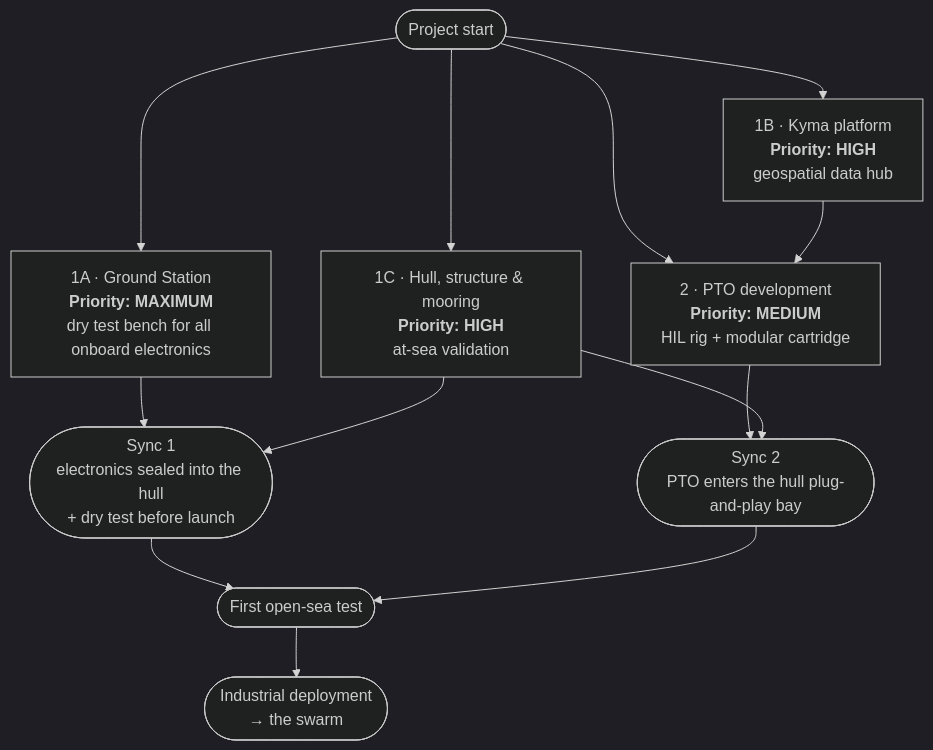
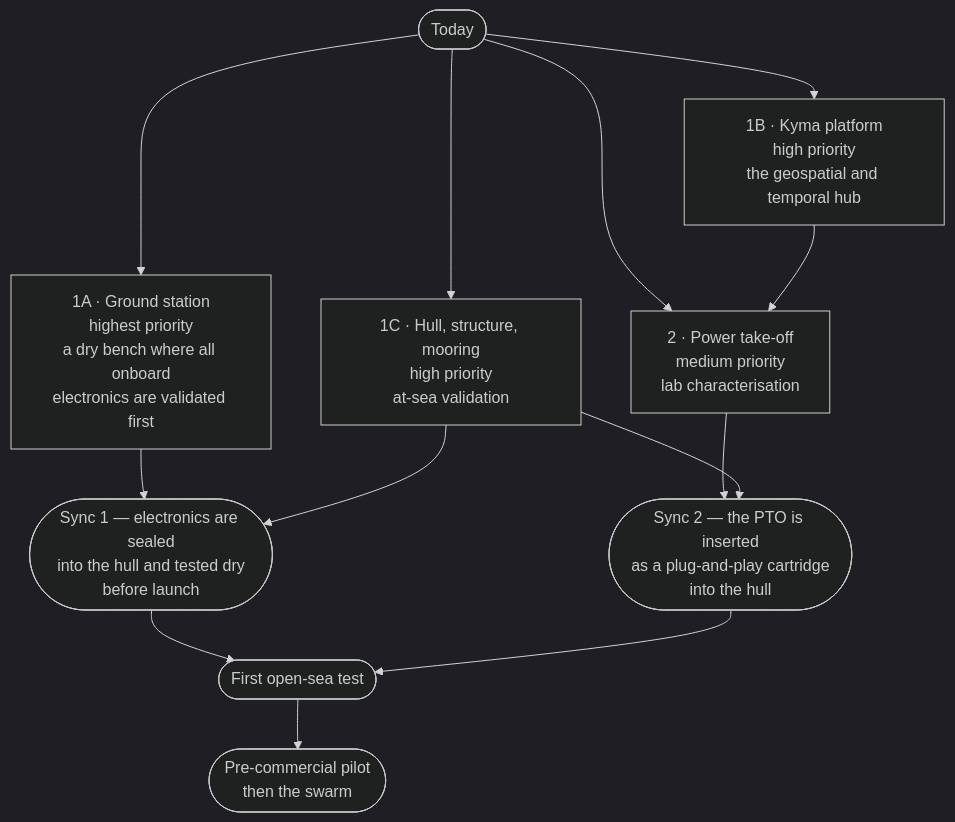
One commit to Origami-WEC/.github changed the third of 3 diagrams in profile/README.md. Above: the diagram before and after it, drawn with Mermaid (dark theme). The commit also changed other lines of this file, not shown here.

First line of the commit message:
profile: rewrite at vision level — thesis, why now, swarm architecture, open challenges

````diff
--- a/profile/README.md
+++ b/profile/README.md
@@ -127,16 +112,15 @@
 ```mermaid
 graph TD
-    START(["Project start"]) --> A["1A · Ground Station<br/><b>Priority: MAXIMUM</b><br/>dry test bench for all onboard electronics"]
-    START --> B["1B · Kyma platform<br/><b>Priority: HIGH</b><br/>geospatial data hub"]
-    START --> C["1C · Hull, structure & mooring<br/><b>Priority: HIGH</b><br/>at-sea validation"]
-    START --> D["2 · PTO development<br/><b>Priority: MEDIUM</b><br/>HIL rig + modular cartridge"]
-
-    A --> S1(["Sync 1<br/>electronics sealed into the hull<br/>+ dry test before launch"])
+    START(["Today"]) --> A["1A · Ground station<br/>highest priority<br/>a dry bench where all onboard<br/>electronics are validated first"]
+    START --> B["1B · Kyma platform<br/>high priority<br/>the geospatial and temporal hub"]
+    START --> C["1C · Hull, structure, mooring<br/>high priority<br/>at-sea validation"]
+    START --> D["2 · Power take-off<br/>medium priority<br/>lab characterisation"]
+    A --> S1(["Sync 1 — electronics are sealed<br/>into the hull and tested dry<br/>before launch"])
     C --> S1
     B --> D
-    D --> S2(["Sync 2<br/>PTO enters the hull plug-and-play bay"])
+    D --> S2(["Sync 2 — the PTO is inserted<br/>as a plug-and-play cartridge<br/>into the hull"])
     C --> S2
     S1 --> SEA(["First open-sea test"])
     S2 --> SEA
-    SEA --> SCALE(["Industrial deployment<br/>→ the swarm"])
+    SEA --> SCALE(["Pre-commercial pilot<br/>then the swarm"])
 ```
````
